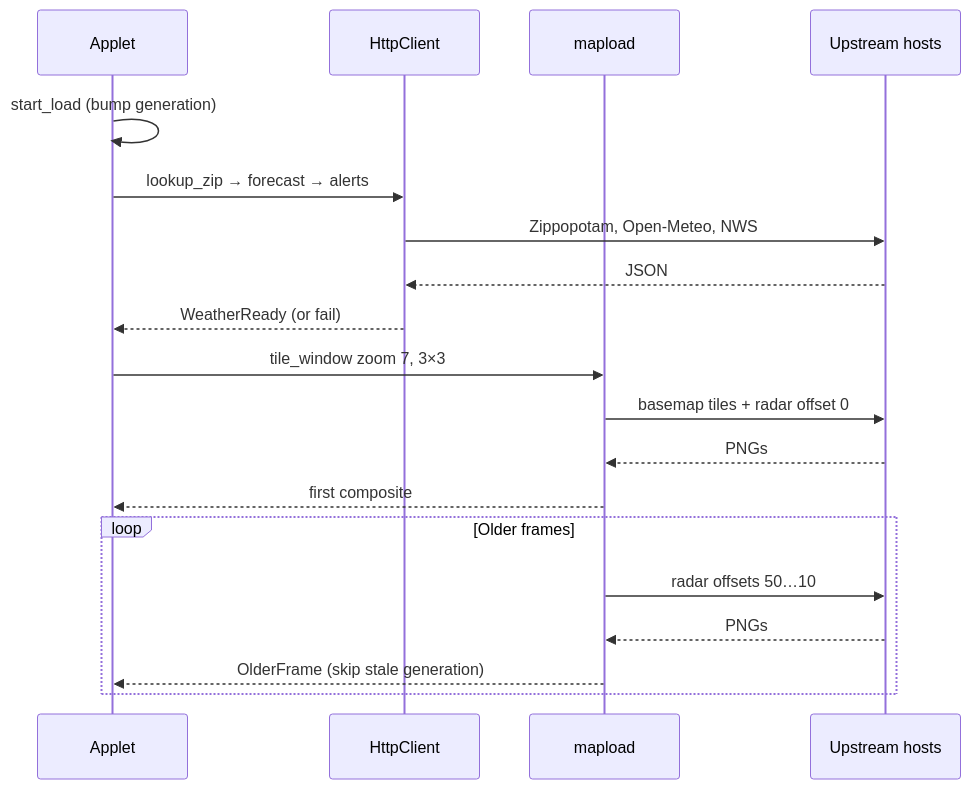
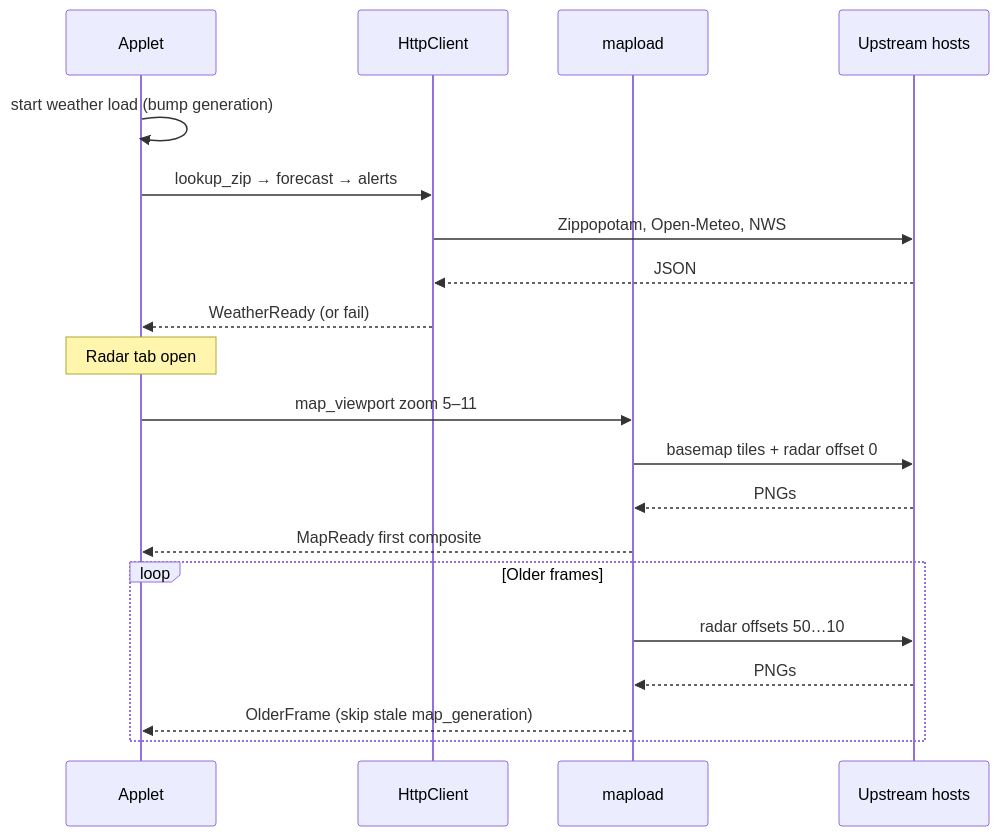
One commit to drmaas/coldfront changed the third of 4 diagrams in docs/architecture.md. Above: the diagram before and after it, drawn with Mermaid. The commit also changed other lines of this file and 11 other files, not shown here.

First line of the commit message:
feat(applet): add tabbed popup and pan/zoom radar

````diff
--- a/docs/architecture.md
+++ b/docs/architecture.md
@@ -89,24 +89,25 @@
 ```mermaid
 sequenceDiagram
   participant UI as Applet
   participant H as HttpClient
   participant M as mapload
   participant Up as Upstream hosts
 
-  UI->>UI: start_load (bump generation)
+  UI->>UI: start weather load (bump generation)
   UI->>H: lookup_zip → forecast → alerts
   H->>Up: Zippopotam, Open-Meteo, NWS
   Up-->>H: JSON
   H-->>UI: WeatherReady (or fail)
 
-  UI->>M: tile_window zoom 7, 3×3
+  Note over UI: Radar tab open
+  UI->>M: map_viewport zoom 5–11
   M->>Up: basemap tiles + radar offset 0
   Up-->>M: PNGs
-  M-->>UI: first composite
+  M-->>UI: MapReady first composite
 
   loop Older frames
     M->>Up: radar offsets 50…10
     Up-->>M: PNGs
-    M-->>UI: OlderFrame (skip stale generation)
+    M-->>UI: OlderFrame (skip stale map_generation)
   end
 ```
````
